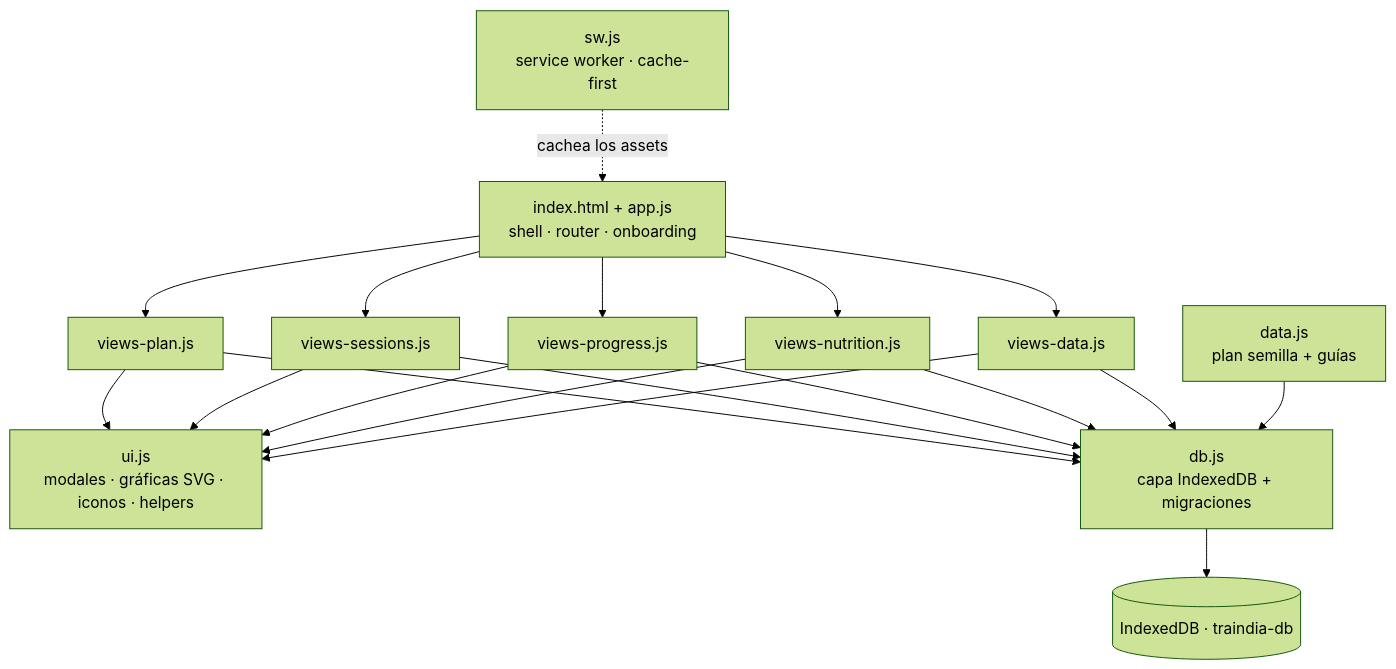
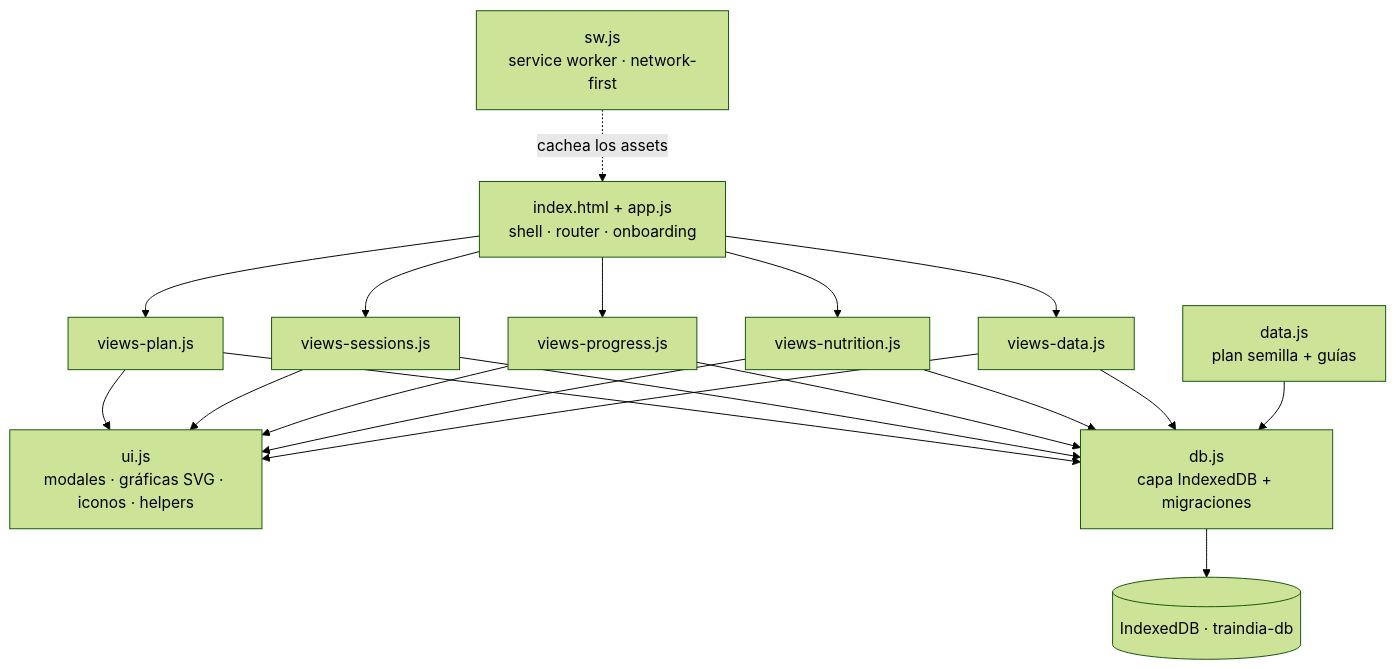
Before and after one commit to RaulMarquez24/Traindia: the diagram in README.md, drawn with Mermaid (forest theme). The commit also changed other lines of this file, not shown here.

````diff
--- a/README.md
+++ b/README.md
@@ -94,21 +145,21 @@
 ```mermaid
 flowchart TD
     SHELL["index.html + app.js<br/>shell · router · onboarding"]
     UIH["ui.js<br/>modales · gráficas SVG · iconos · helpers"]
     SEED["data.js<br/>plan semilla + guías"]
     DB["db.js<br/>capa IndexedDB + migraciones"]
     IDB[("IndexedDB · traindia-db")]
-    SW["sw.js<br/>service worker · cache-first"]
+    SW["sw.js<br/>service worker · network-first"]
 
     SHELL --> V_PLAN["views-plan.js"]
     SHELL --> V_SES["views-sessions.js"]
     SHELL --> V_PROG["views-progress.js"]
     SHELL --> V_NUT["views-nutrition.js"]
     SHELL --> V_DATA["views-data.js"]
 
     V_PLAN & V_SES & V_PROG & V_NUT & V_DATA --> UIH
     V_PLAN & V_SES & V_PROG & V_NUT & V_DATA --> DB
     DB --> IDB
     SEED --> DB
     SW -. cachea los assets .-> SHELL
 ```
````
